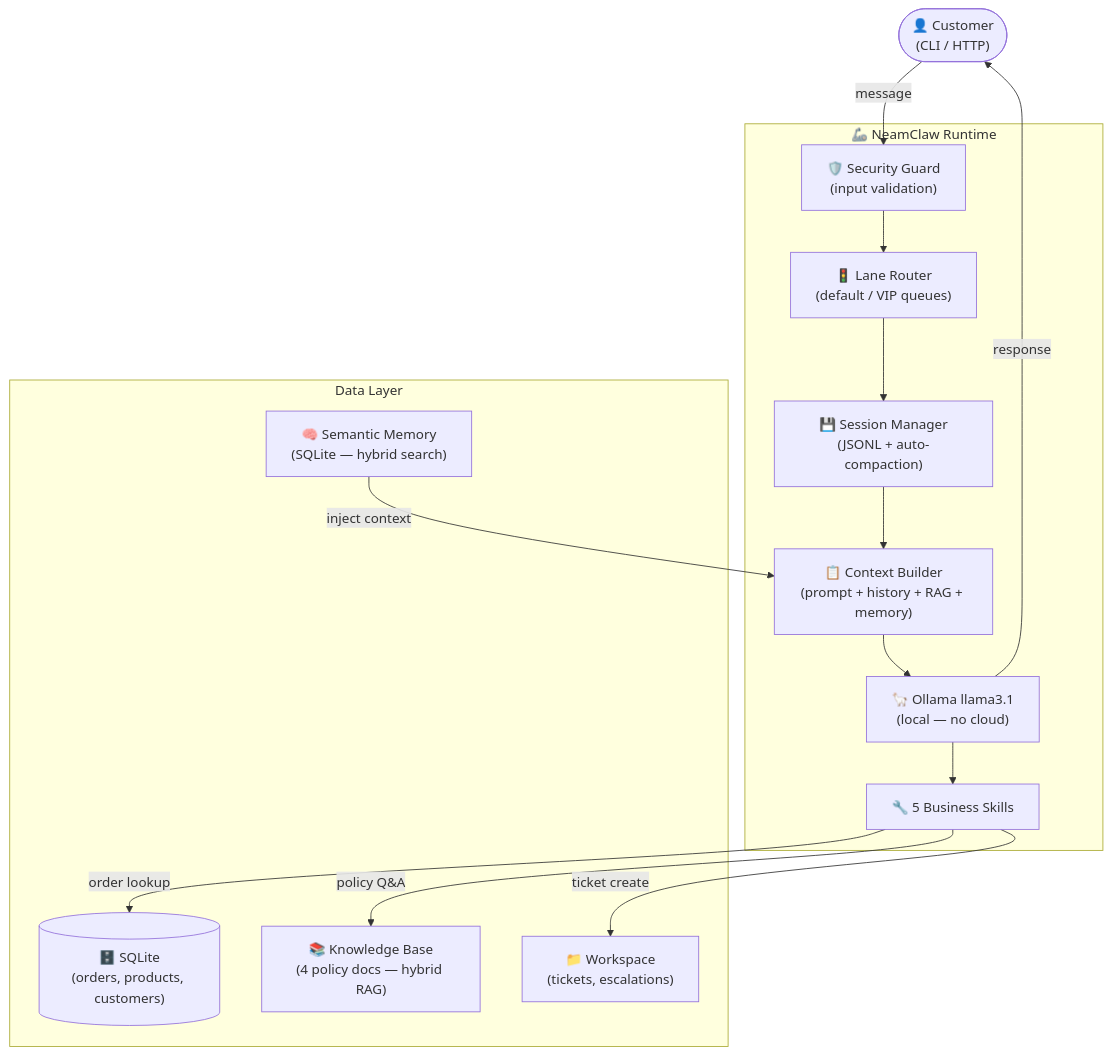
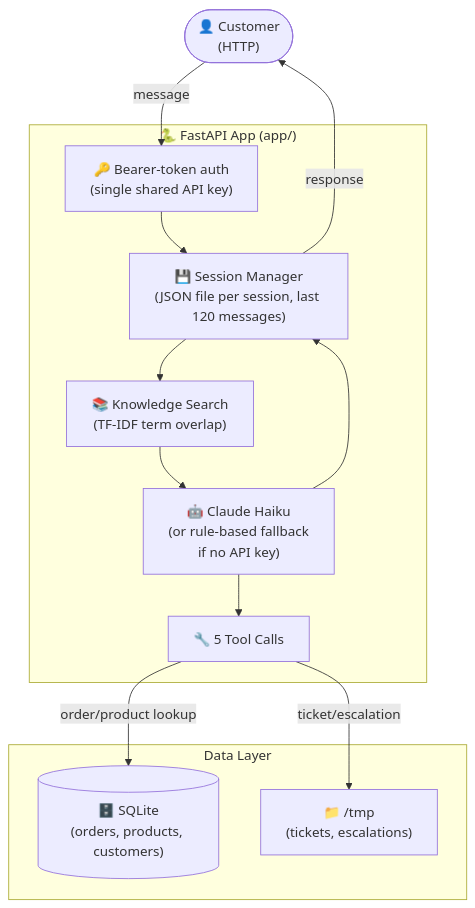
One commit to samsuljahith/neamclaw-support-bot changed the second of 2 diagrams in README.md. Above: the diagram before and after it, drawn with Mermaid. The commit also changed other lines of this file and 3 other files, not shown here.

````diff
--- a/README.md
+++ b/README.md
@@ -88,32 +88,27 @@
 ```mermaid
 flowchart TB
-    Customer(["👤 Customer\n(CLI / HTTP)"])
+    Customer(["👤 Customer\n(HTTP)"])
 
-    subgraph NeamClaw["🦾 NeamClaw Runtime"]
-        Guard["🛡️ Security Guard\n(input validation)"]
-        Lane["🚦 Lane Router\n(default / VIP queues)"]
-        Session["💾 Session Manager\n(JSONL + auto-compaction)"]
-        Context["📋 Context Builder\n(prompt + history + RAG + memory)"]
-        LLM["🦙 Ollama llama3.1\n(local — no cloud)"]
-        Skills["🔧 5 Business Skills"]
+    subgraph App["🐍 FastAPI App (app/)"]
+        Auth["🔑 Bearer-token auth\n(single shared API key)"]
+        Session["💾 Session Manager\n(JSON file per session, last 120 messages)"]
+        KB["📚 Knowledge Search\n(TF-IDF term overlap)"]
+        LLM["🤖 Claude Haiku\n(or rule-based fallback\nif no API key)"]
+        Tools["🔧 5 Tool Calls"]
     end
 
     subgraph Data["Data Layer"]
         SQLite[("🗄️ SQLite\n(orders, products, customers)")]
-        KB["📚 Knowledge Base\n(4 policy docs — hybrid RAG)"]
-        Memory["🧠 Semantic Memory\n(SQLite — hybrid search)"]
-        Workspace["📁 Workspace\n(tickets, escalations)"]
+        Workspace["📁 /tmp\n(tickets, escalations)"]
     end
 
-    Customer -->|message| Guard
-    Guard --> Lane
-    Lane --> Session
-    Session --> Context
-    Context --> LLM
-    LLM --> Skills
-    Skills -->|order lookup| SQLite
-    Skills -->|policy Q&A| KB
-    Skills -->|ticket create| Workspace
-    Memory -->|inject context| Context
-    LLM -->|response| Customer
+    Customer -->|message| Auth
+    Auth --> Session
+    Session --> KB
+    KB --> LLM
+    LLM --> Tools
+    Tools -->|order/product lookup| SQLite
+    Tools -->|ticket/escalation| Workspace
+    LLM --> Session
+    Session -->|response| Customer
 ```
````
